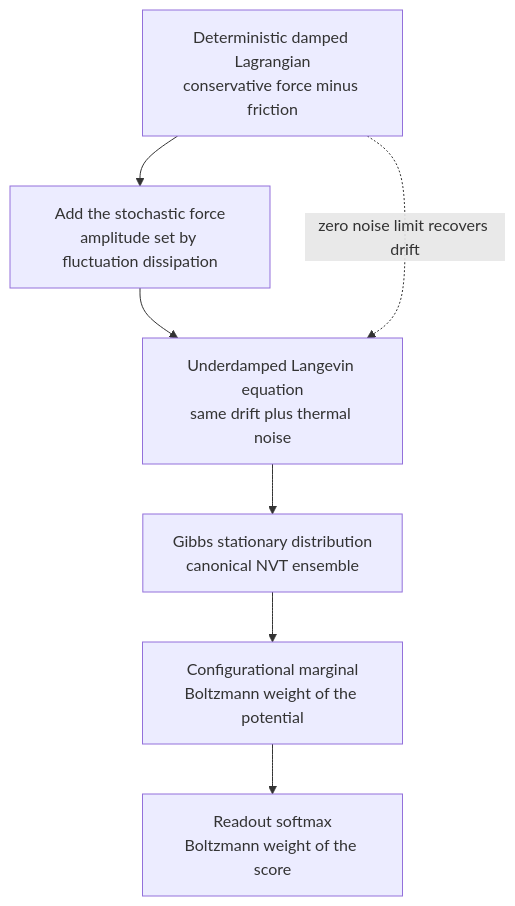
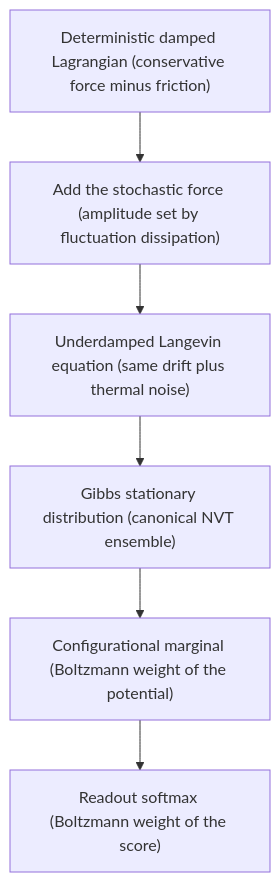
One commit to dimitarpg13/semsimula-paper changed the first of 3 diagrams in companion_notes/Langevin_dynamics_reformulation_of_classical_damped_Lagrangian_flow.md. Above: the diagram before and after it, drawn with Mermaid. The commit also changed other lines of this file, not shown here.

Commit message:
update Langevin dynamics with Fock-PARFLM reformulation

````diff
--- a/companion_notes/Langevin_dynamics_reformulation_of_classical_damped_Lagrangian_flow.md
+++ b/companion_notes/Langevin_dynamics_reformulation_of_classical_damped_Lagrangian_flow.md
@@ -144,16 +144,14 @@
 ```mermaid
 flowchart TB
-    DET["Deterministic damped Lagrangian<br>conservative force minus friction"]
-    ADD["Add the stochastic force<br>amplitude set by fluctuation dissipation"]
-    SDE["Underdamped Langevin equation<br>same drift plus thermal noise"]
-    GIBBS["Gibbs stationary distribution<br>canonical NVT ensemble"]
-    MARG["Configurational marginal<br>Boltzmann weight of the potential"]
-    READ["Readout softmax<br>Boltzmann weight of the score"]
-
+    DET["Deterministic damped Lagrangian (conservative force minus friction)"]
+    ADD["Add the stochastic force (amplitude set by fluctuation dissipation)"]
+    SDE["Underdamped Langevin equation (same drift plus thermal noise)"]
+    GIBBS["Gibbs stationary distribution (canonical NVT ensemble)"]
+    MARG["Configurational marginal (Boltzmann weight of the potential)"]
+    READ["Readout softmax (Boltzmann weight of the score)"]
     DET --> ADD
     ADD --> SDE
     SDE --> GIBBS
     GIBBS --> MARG
     MARG --> READ
-    DET -.->|zero noise limit recovers drift| SDE
 ```
````
